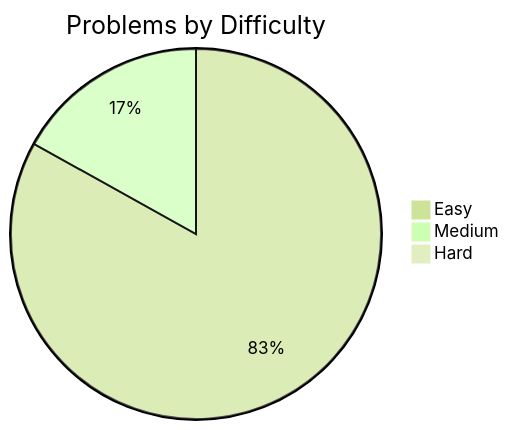
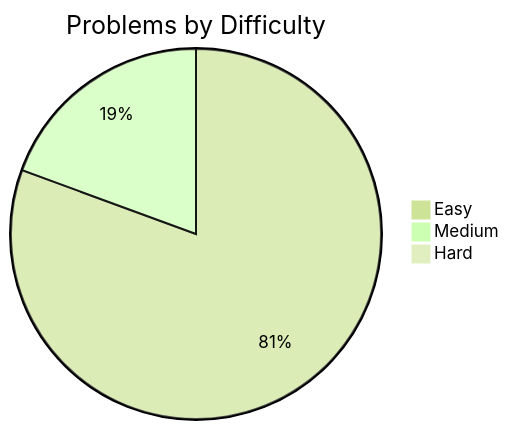
Before and after one commit to davelin18yufan/leetcode-journal: the diagram in README.md, drawn with Mermaid (forest theme). The commit also changed other lines of this file and 4 other files, not shown here.

````diff
--- a/README.md
+++ b/README.md
@@ -7,7 +7,7 @@
 ```mermaid
 pie
     title Problems by Difficulty
     "Easy" : 54
-    "Medium" : 11
+    "Medium" : 13
     "Hard" : 0
 ```
````
